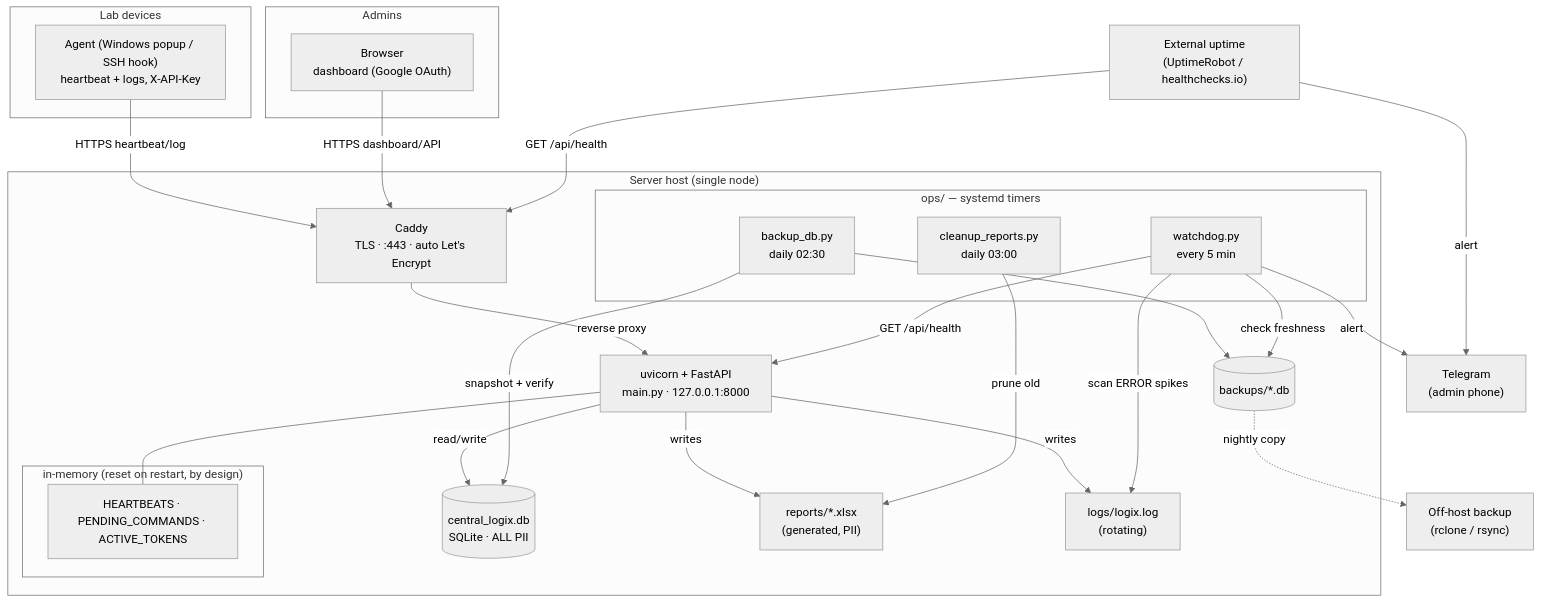
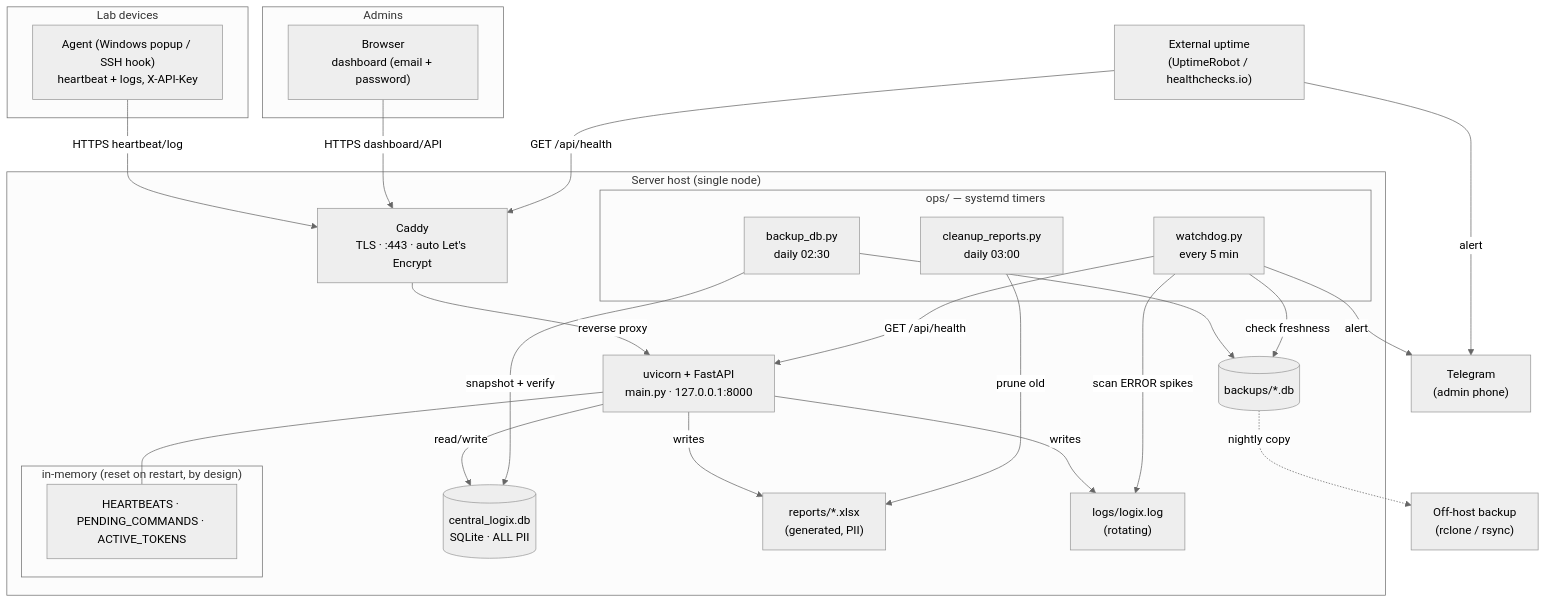
Before and after one commit to xdukunx/logix: the diagram in docs/ARCHITECTURE.md, drawn with Mermaid (neutral theme). The commit also changed 28 other files, not shown here.

````diff
--- a/docs/ARCHITECTURE.md
+++ b/docs/ARCHITECTURE.md
@@ -6,51 +6,51 @@
 ```mermaid
 flowchart TB
     subgraph Lab["Lab devices"]
         A1["Agent (Windows popup / SSH hook)<br/>heartbeat + logs, X-API-Key"]
     end
 
     subgraph Admin["Admins"]
-        B1["Browser<br/>dashboard (Google OAuth)"]
+        B1["Browser<br/>dashboard (email + password)"]
     end
 
     subgraph Host["Server host (single node)"]
         C["Caddy<br/>TLS · :443 · auto Let's Encrypt"]
         D["uvicorn + FastAPI<br/>main.py · 127.0.0.1:8000"]
         subgraph Mem["in-memory (reset on restart, by design)"]
             E1["HEARTBEATS · PENDING_COMMANDS · ACTIVE_TOKENS"]
         end
         F[("central_logix.db<br/>SQLite · ALL PII")]
         G["reports/*.xlsx<br/>(generated, PII)"]
         H["logs/logix.log<br/>(rotating)"]
 
         subgraph Ops["ops/ — systemd timers"]
             O1["backup_db.py<br/>daily 02:30"]
             O2["cleanup_reports.py<br/>daily 03:00"]
             O3["watchdog.py<br/>every 5 min"]
         end
         I[("backups/*.db")]
     end
 
     T["Telegram<br/>(admin phone)"]
     U["External uptime<br/>(UptimeRobot / healthchecks.io)"]
     R["Off-host backup<br/>(rclone / rsync)"]
 
     A1 -- "HTTPS heartbeat/log" --> C
     B1 -- "HTTPS dashboard/API" --> C
     C -- "reverse proxy" --> D
     D --- E1
     D -- "read/write" --> F
     D -- "writes" --> G
     D -- "writes" --> H
 
     O1 -- "snapshot + verify" --> F
     O1 --> I
     O2 -- "prune old" --> G
     O3 -- "GET /api/health" --> D
     O3 -- "scan ERROR spikes" --> H
     O3 -- "check freshness" --> I
     O3 -- "alert" --> T
     U -- "GET /api/health" --> C
     U -- "alert" --> T
     I -. "nightly copy" .-> R
 ```
````
